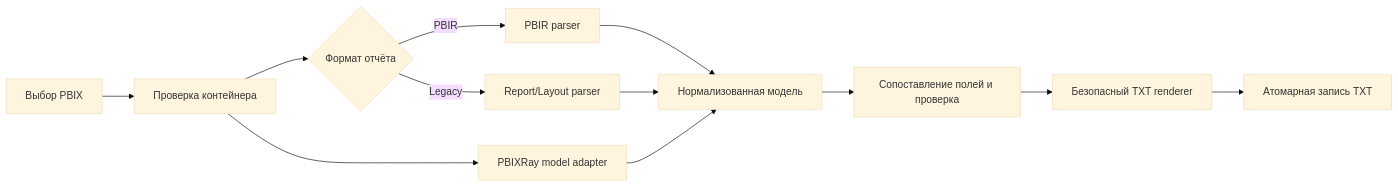
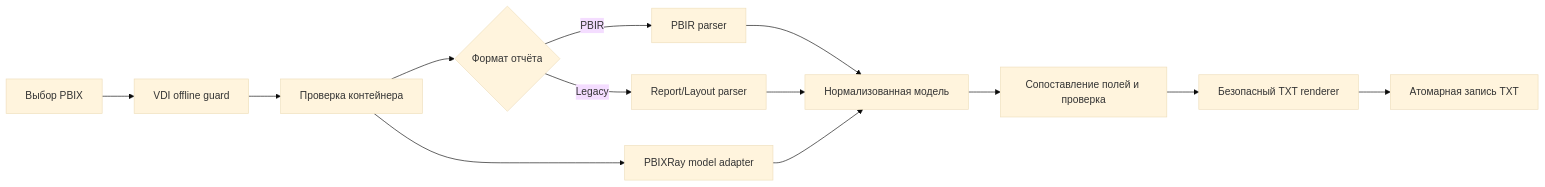
The diagram in README.md (2303850Analyst/pbix-converter), drawn with Mermaid (base theme) before and after one commit. The commit also changed other lines of this file and 17 other files, not shown here.

Commit message:
Add VDI offline runtime policy

````diff
--- a/README.md
+++ b/README.md
@@ -203,14 +221,15 @@
 ```mermaid
 flowchart LR
-    A[Выбор PBIX] --> B[Проверка контейнера]
+    A[Выбор PBIX] --> P[VDI offline guard]
+    P --> B[Проверка контейнера]
     B --> C{Формат отчёта}
     C -->|PBIR| D[PBIR parser]
     C -->|Legacy| E[Report/Layout parser]
     B --> F[PBIXRay model adapter]
     D --> G[Нормализованная модель]
     E --> G
     F --> G
     G --> H[Сопоставление полей и проверка]
     H --> I[Безопасный TXT renderer]
     I --> J[Атомарная запись TXT]
 ```
````
